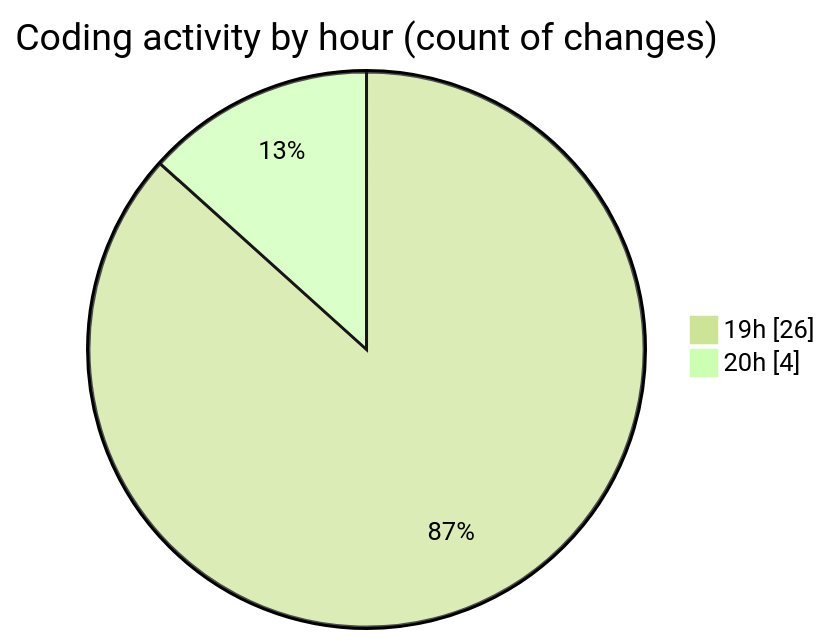
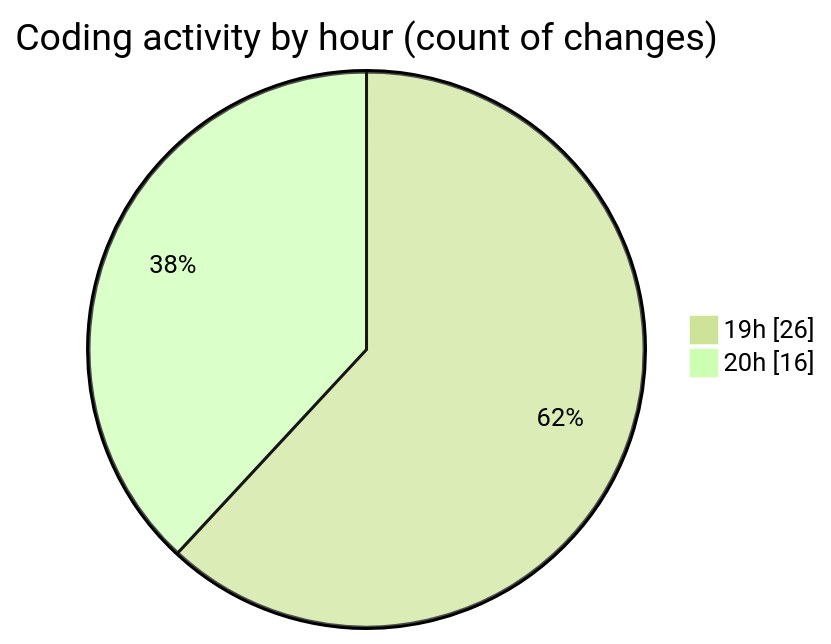
Before and after one commit to Ritupan-Deka/code-tracking: the second of 2 diagrams in 2025-08-24/javascript/README.md, drawn with Mermaid (forest theme). The commit also changed other lines of this file and 1 other file, not shown here.

````diff
--- a/2025-08-24/javascript/README.md
+++ b/2025-08-24/javascript/README.md
@@ -32,6 +32,6 @@
 ```mermaid
 pie showData
 title Coding activity by hour (count of changes)
 "19h" : 26
-"20h" : 4
+"20h" : 16
 ```
````
